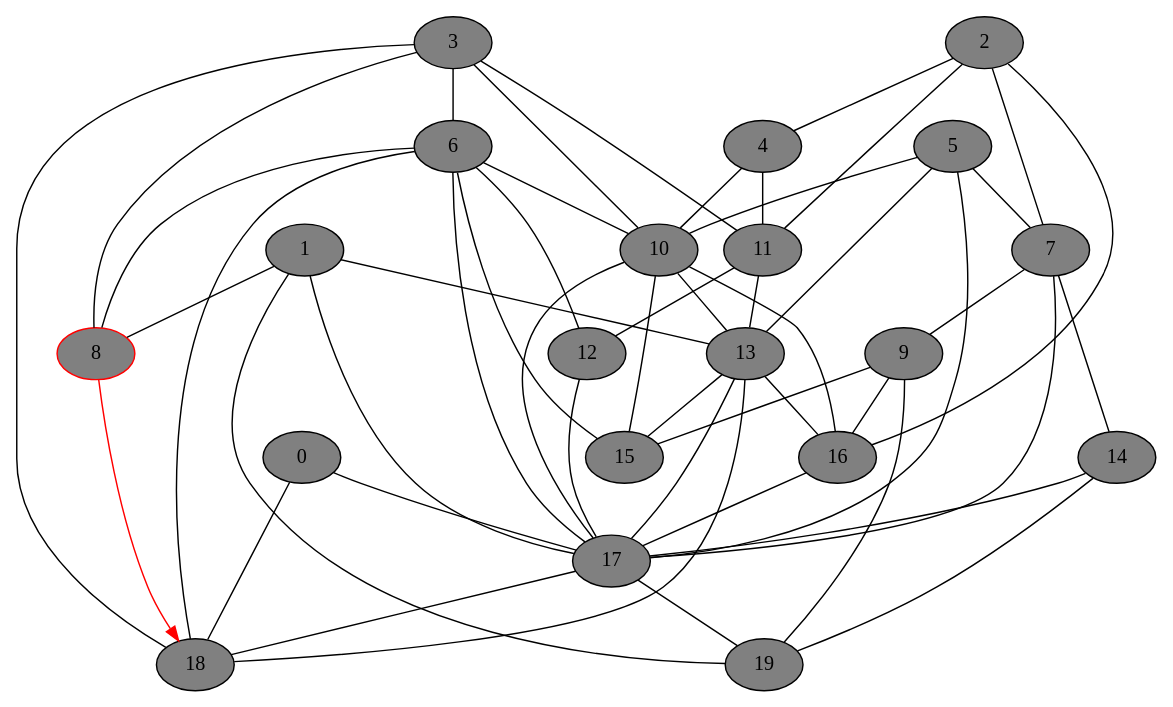
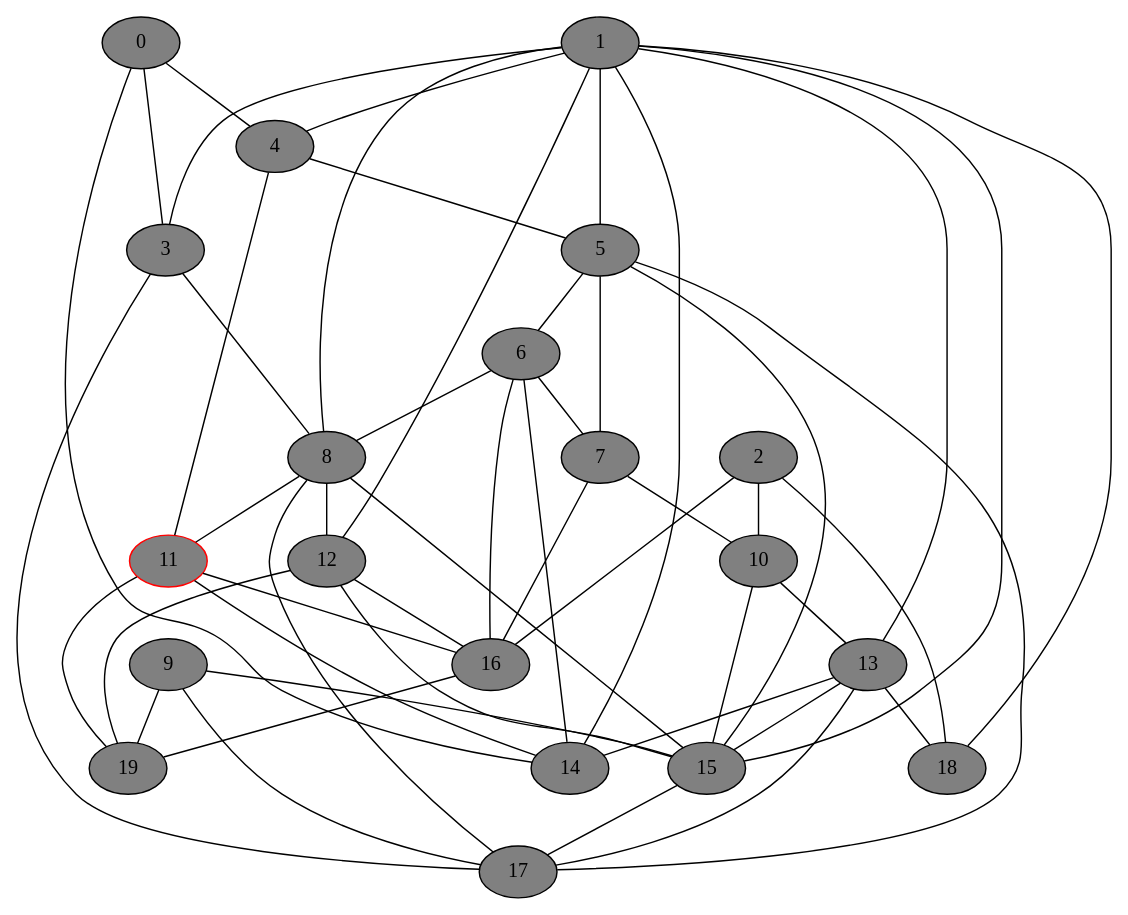
The diagram in gv_graphs/nxt0051.dot (DSMishler/EBA_models), drawn with Graphviz before and after one commit. The commit also changed 941 other files, not shown here.

```diff
--- a/gv_graphs/nxt0051.dot
+++ b/gv_graphs/nxt0051.dot
@@ -1,74 +1,74 @@
 // network test graph
 digraph
 {
 	0 [fillcolor=gray,style=filled,]
 	1 [fillcolor=gray,style=filled,]
 	2 [fillcolor=gray,style=filled,]
 	3 [fillcolor=gray,style=filled,]
 	4 [fillcolor=gray,style=filled,]
 	5 [fillcolor=gray,style=filled,]
 	6 [fillcolor=gray,style=filled,]
 	7 [fillcolor=gray,style=filled,]
-	8 [fillcolor=gray,style=filled,color=red,]
+	8 [fillcolor=gray,style=filled,]
 	9 [fillcolor=gray,style=filled,]
 	10 [fillcolor=gray,style=filled,]
-	11 [fillcolor=gray,style=filled,]
+	11 [fillcolor=gray,style=filled,color=red,]
 	12 [fillcolor=gray,style=filled,]
 	13 [fillcolor=gray,style=filled,]
 	14 [fillcolor=gray,style=filled,]
 	15 [fillcolor=gray,style=filled,]
 	16 [fillcolor=gray,style=filled,]
 	17 [fillcolor=gray,style=filled,]
 	18 [fillcolor=gray,style=filled,]
 	19 [fillcolor=gray,style=filled,]
-	0 -> 17 [dir=none]
-	0 -> 18 [dir=none]
+	0 -> 3 [dir=none]
+	0 -> 4 [dir=none]
+	0 -> 14 [dir=none]
+	1 -> 3 [dir=none]
+	1 -> 4 [dir=none]
+	1 -> 5 [dir=none]
 	1 -> 8 [dir=none]
+	1 -> 12 [dir=none]
 	1 -> 13 [dir=none]
-	1 -> 17 [dir=none]
-	1 -> 19 [dir=none]
-	2 -> 4 [dir=none]
-	2 -> 7 [dir=none]
-	2 -> 11 [dir=none]
+	1 -> 14 [dir=none]
+	1 -> 15 [dir=none]
+	1 -> 18 [dir=none]
+	2 -> 10 [dir=none]
 	2 -> 16 [dir=none]
-	3 -> 6 [dir=none]
+	2 -> 18 [dir=none]
 	3 -> 8 [dir=none]
-	3 -> 10 [dir=none]
-	3 -> 11 [dir=none]
-	3 -> 18 [dir=none]
-	4 -> 10 [dir=none]
+	3 -> 17 [dir=none]
+	4 -> 5 [dir=none]
 	4 -> 11 [dir=none]
+	5 -> 6 [dir=none]
 	5 -> 7 [dir=none]
-	5 -> 10 [dir=none]
-	5 -> 13 [dir=none]
+	5 -> 15 [dir=none]
 	5 -> 17 [dir=none]
+	6 -> 7 [dir=none]
 	6 -> 8 [dir=none]
-	6 -> 10 [dir=none]
-	6 -> 12 [dir=none]
-	6 -> 15 [dir=none]
-	6 -> 17 [dir=none]
-	6 -> 18 [dir=none]
-	7 -> 9 [dir=none]
-	7 -> 14 [dir=none]
-	7 -> 17 [dir=none]
-	8 -> 18 [dir=forward,color=red,]
+	6 -> 14 [dir=none]
+	6 -> 16 [dir=none]
+	7 -> 10 [dir=none]
+	7 -> 16 [dir=none]
+	8 -> 11 [dir=none]
+	8 -> 12 [dir=none]
+	8 -> 15 [dir=none]
+	8 -> 17 [dir=none]
 	9 -> 15 [dir=none]
-	9 -> 16 [dir=none]
+	9 -> 17 [dir=none]
 	9 -> 19 [dir=none]
 	10 -> 13 [dir=none]
 	10 -> 15 [dir=none]
-	10 -> 16 [dir=none]
-	10 -> 17 [dir=none]
-	11 -> 12 [dir=none]
-	11 -> 13 [dir=none]
-	12 -> 17 [dir=none]
+	11 -> 14 [dir=none]
+	11 -> 16 [dir=none]
+	11 -> 19 [dir=none]
+	12 -> 15 [dir=none]
+	12 -> 16 [dir=none]
+	12 -> 19 [dir=none]
+	13 -> 14 [dir=none]
 	13 -> 15 [dir=none]
-	13 -> 16 [dir=none]
 	13 -> 17 [dir=none]
 	13 -> 18 [dir=none]
-	14 -> 17 [dir=none]
-	14 -> 19 [dir=none]
-	16 -> 17 [dir=none]
-	17 -> 18 [dir=none]
-	17 -> 19 [dir=none]
+	15 -> 17 [dir=none]
+	16 -> 19 [dir=none]
 }
```
